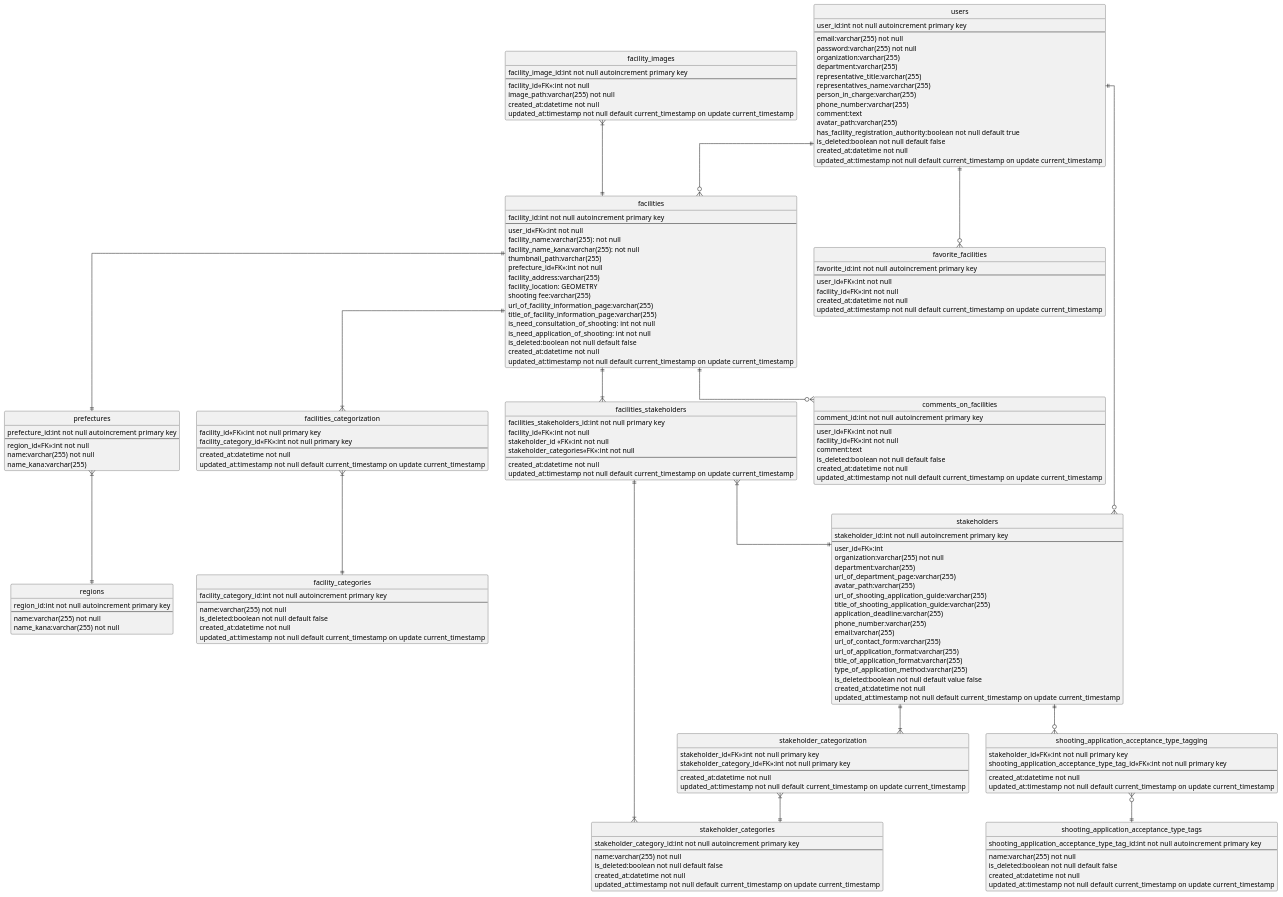
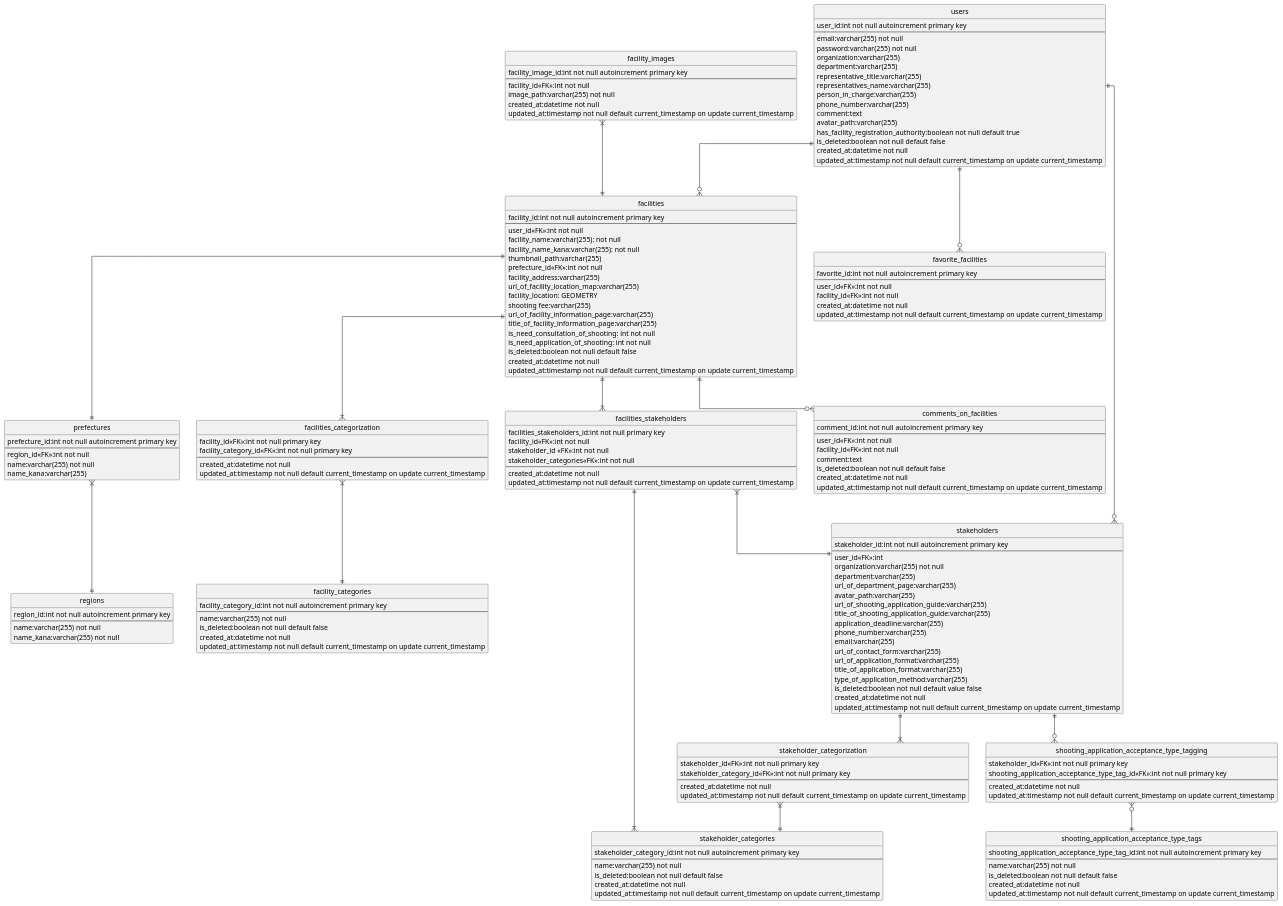
The diagram in erDiagram.puml (mitchy-dev/facility_shooting_permission_application), drawn with PlantUML before and after one commit. The commit also changed 3 other files, not shown here.

Commit message:
海岸登録・海岸詳細：地図のURLを指定するフォームと表示機能を実装

```diff
--- a/erDiagram.puml
+++ b/erDiagram.puml
@@ -1,197 +1,198 @@
 @startuml kaigan-loca
 ' hide the spot
 hide circle
 
 ' avoid problems with angled crows feet
 skinparam linetype ortho
 
 
 entity "users" as users {
   user_id:int not null autoincrement primary key
   --
   email:varchar(255) not null
   password:varchar(255) not null
   organization:varchar(255)
   department:varchar(255)
   representative_title:varchar(255)
   representatives_name:varchar(255)
   person_in_charge:varchar(255)
   phone_number:varchar(255)
   comment:text
   avatar_path:varchar(255)
   has_facility_registration_authority:boolean not null default true
   is_deleted:boolean not null default false
   created_at:datetime not null
   updated_at:timestamp not null default current_timestamp on update current_timestamp
 }
 
 entity "facilities" as facilities {
   facility_id:int not null autoincrement primary key
   --
   user_id<<FK>>:int not null
   facility_name:varchar(255): not null
   facility_name_kana:varchar(255): not null
   thumbnail_path:varchar(255)
   prefecture_id<<FK>>:int not null
   facility_address:varchar(255)
+  url_of_facility_location_map:varchar(255)
   facility_location: GEOMETRY
   shooting fee:varchar(255)
   url_of_facility_information_page:varchar(255)
   title_of_facility_information_page:varchar(255)
   is_need_consultation_of_shooting: int not null
   is_need_application_of_shooting: int not null
   is_deleted:boolean not null default false
   created_at:datetime not null
   updated_at:timestamp not null default current_timestamp on update current_timestamp
 }
 
 entity "stakeholders" as stakeholders {
   stakeholder_id:int not null autoincrement primary key
   --
   user_id<<FK>>:int
   organization:varchar(255) not null
   department:varchar(255)
   url_of_department_page:varchar(255)
   avatar_path:varchar(255)
   url_of_shooting_application_guide:varchar(255)
   title_of_shooting_application_guide:varchar(255)
   application_deadline:varchar(255)
   phone_number:varchar(255)
   email:varchar(255)
   url_of_contact_form:varchar(255)
   url_of_application_format:varchar(255)
   title_of_application_format:varchar(255)
   type_of_application_method:varchar(255)
   is_deleted:boolean not null default value false
   created_at:datetime not null
   updated_at:timestamp not null default current_timestamp on update current_timestamp
 }
 
 entity "facility_images" as facility_images {
   facility_image_id:int not null autoincrement primary key
   --
   facility_id<<FK>>:int not null
   image_path:varchar(255) not null
   created_at:datetime not null
   updated_at:timestamp not null default current_timestamp on update current_timestamp
 }
 
 entity "comments_on_facilities" as comments_on_facilities {
   comment_id:int not null autoincrement primary key
   --
   user_id<<FK>>:int not null
   facility_id<<FK>>:int not null
   comment:text
   is_deleted:boolean not null default false
   created_at:datetime not null
   updated_at:timestamp not null default current_timestamp on update current_timestamp
 }
 
 entity "favorite_facilities" as favorite_facilities {
   favorite_id:int not null autoincrement primary key
   --
   user_id<<FK>>:int not null
   facility_id<<FK>>:int not null
   created_at:datetime not null
   updated_at:timestamp not null default current_timestamp on update current_timestamp
 }
 
 'マスタデータ
 entity "regions" as regions {
   region_id:int not null autoincrement primary key
   --
   name:varchar(255) not null
   name_kana:varchar(255) not null
 }
 entity "prefectures" as prefectures {
   prefecture_id:int not null autoincrement primary key
   --
   region_id<<FK>>:int not null
   name:varchar(255) not null
   name_kana:varchar(255)
 }
 
 entity "stakeholder_categories" as stakeholder_categories {
   stakeholder_category_id:int not null autoincrement primary key
   --
   name:varchar(255) not null
   is_deleted:boolean not null default false
   created_at:datetime not null
   updated_at:timestamp not null default current_timestamp on update current_timestamp
 }
 
 entity "shooting_application_acceptance_type_tags" as shooting_application_acceptance_type_tags {
   shooting_application_acceptance_type_tag_id:int not null autoincrement primary key
   --
   name:varchar(255) not null
   is_deleted:boolean not null default false
   created_at:datetime not null
   updated_at:timestamp not null default current_timestamp on update current_timestamp
 }
 
 entity "facility_categories" as facility_categories {
   facility_category_id:int not null autoincrement primary key
   --
   name:varchar(255) not null
   is_deleted:boolean not null default false
   created_at:datetime not null
   updated_at:timestamp not null default current_timestamp on update current_timestamp
 }
 
 
 '交差テーブル
 entity "facilities_categorization" as facilities_categorization {
   facility_id<<FK>>:int not null primary key
   facility_category_id<<FK>>:int not null primary key
   --
   created_at:datetime not null
   updated_at:timestamp not null default current_timestamp on update current_timestamp
 }
 
 entity "facilities_stakeholders" as facilities_stakeholders {
   facilities_stakeholders_id:int not null primary key
   facility_id<<FK>>:int not null
   stakeholder_id <<FK>>:int not null
   stakeholder_categories<<FK>>:int not null
   --
   created_at:datetime not null
   updated_at:timestamp not null default current_timestamp on update current_timestamp
 }
 
 entity "stakeholder_categorization" as stakeholder_categorization {
   stakeholder_id<<FK>>:int not null primary key
   stakeholder_category_id<<FK>>:int not null primary key
   --
   created_at:datetime not null
   updated_at:timestamp not null default current_timestamp on update current_timestamp
 }
 
 entity "shooting_application_acceptance_type_tagging" as shooting_application_acceptance_type_tagging {
   stakeholder_id<<FK>>:int not null primary key
   shooting_application_acceptance_type_tag_id<<FK>>:int not null primary key
   --
   created_at:datetime not null
   updated_at:timestamp not null default current_timestamp on update current_timestamp
 }
 'user
 users ||--o{ facilities
 users ||--o{ stakeholders
 users ||--o{ favorite_facilities
 'facilities
 facilities ||--|| prefectures
 prefectures }|--|| regions
 facility_images }|--|| facilities
 facilities ||--|{ facilities_categorization
 facilities_categorization }|--|| facility_categories
 facilities ||--|{ facilities_stakeholders
 facilities_stakeholders }|--|| stakeholders
 facilities ||--o{ comments_on_facilities
 'stakeholders
 stakeholders ||--|{ stakeholder_categorization
 stakeholder_categorization }|--|| stakeholder_categories
 stakeholders ||--o{ shooting_application_acceptance_type_tagging
 shooting_application_acceptance_type_tagging }o--|| shooting_application_acceptance_type_tags
 'facilities_stakeholders
 facilities_stakeholders ||--|{ stakeholder_categories
 
 @enduml
```
